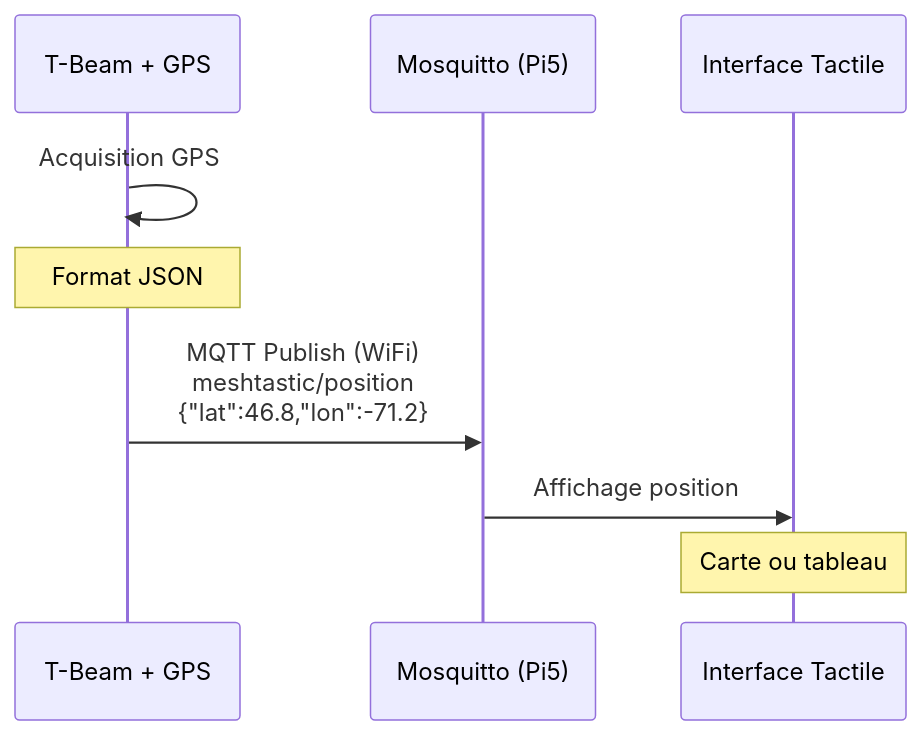
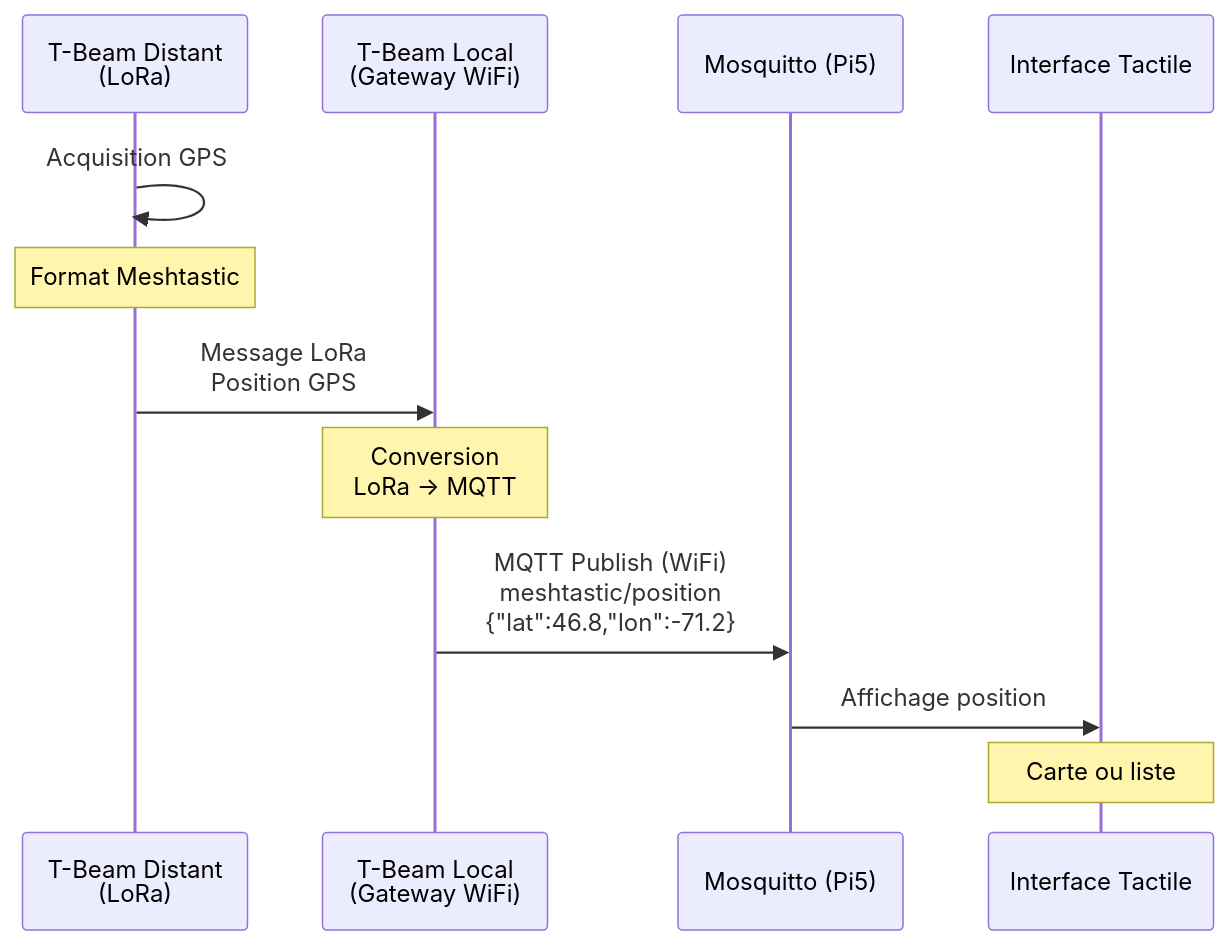
Before and after one commit to fpoisson2/243-4J5-LI: the third of 3 diagrams in architecture-finale-projet.md, drawn with Mermaid. The commit also changed other lines of this file, not shown here.

````diff
--- a/architecture-finale-projet.md
+++ b/architecture-finale-projet.md
@@ -88,12 +88,15 @@
 ```mermaid
 sequenceDiagram
-    participant TB as T-Beam + GPS
+    participant TBD as T-Beam Distant<br/>(LoRa)
+    participant TBL as T-Beam Local<br/>(Gateway WiFi)
     participant M as Mosquitto (Pi5)
     participant UI as Interface Tactile
 
-    TB->>TB: Acquisition GPS
-    Note over TB: Format JSON
-    TB->>M: MQTT Publish (WiFi)<br/>meshtastic/position<br/>{"lat":46.8,"lon":-71.2}
+    TBD->>TBD: Acquisition GPS
+    Note over TBD: Format Meshtastic
+    TBD->>TBL: Message LoRa<br/>Position GPS
+    Note over TBL: Conversion<br/>LoRa → MQTT
+    TBL->>M: MQTT Publish (WiFi)<br/>meshtastic/position<br/>{"lat":46.8,"lon":-71.2}
     M->>UI: Affichage position
-    Note over UI: Carte ou tableau
+    Note over UI: Carte ou liste
 ```
````
